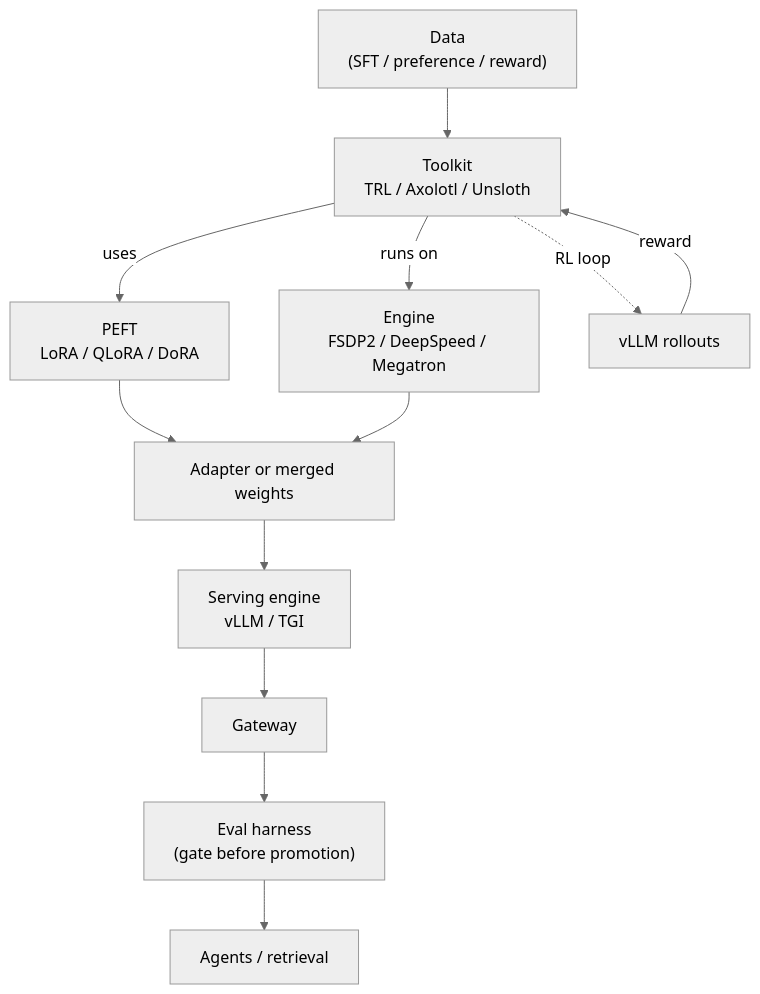
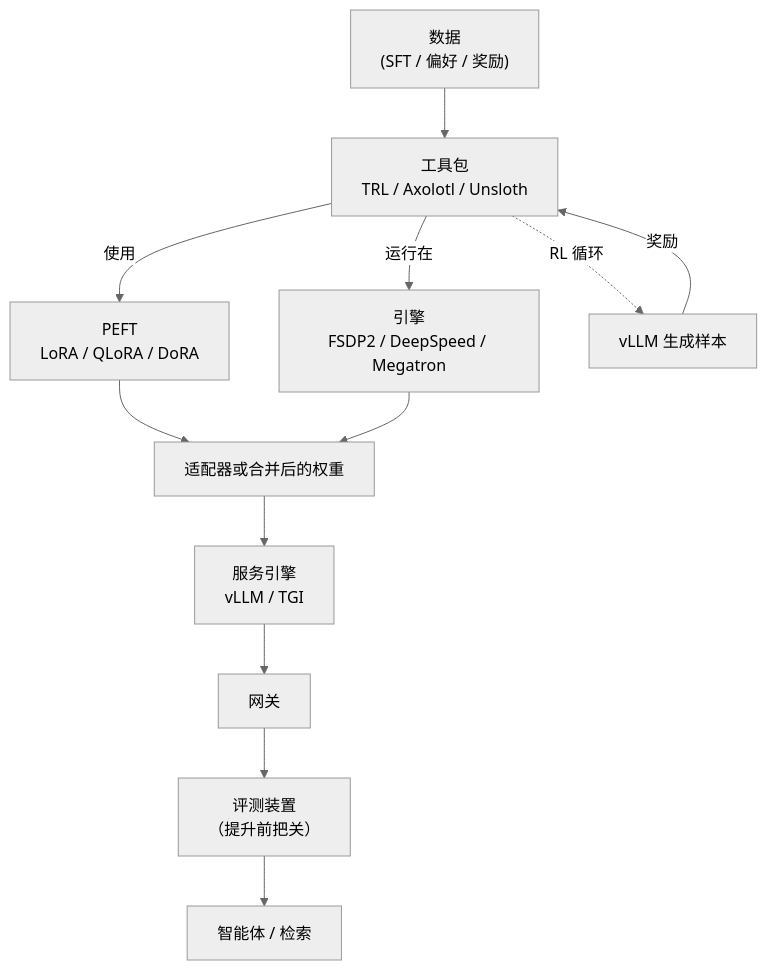
The second of 2 diagrams in zh/practice/04-training-finetuning-practice.qmd (latere-ai/ai-as-an-infrastructure), drawn with Mermaid (neutral theme) before and after one commit. The commit also changed other lines of this file and 273 other files, not shown here.

Commit message:
docs: localize Chinese diagrams

````diff
--- a/zh/practice/04-training-finetuning-practice.qmd
+++ b/zh/practice/04-training-finetuning-practice.qmd
@@ -200,16 +200,16 @@
 ```{mermaid}
 %%| label: fig-training-wiring
 %%| fig-cap: "端到端接线。一个工具包驱动 PEFT 与一个分布式引擎产出权重，权重随后流经服务、网关、评估，以及智能体与检索层。在 RL 情形里，服务引擎（vLLM）坐在训练循环内部。"
 flowchart TD
-  data["Data\n(SFT / preference / reward)"] --> toolkit["Toolkit\nTRL / Axolotl / Unsloth"]
-  toolkit -->|uses| peft["PEFT\nLoRA / QLoRA / DoRA"]
-  toolkit -->|runs on| engine["Engine\nFSDP2 / DeepSpeed / Megatron"]
-  peft --> weights["Adapter or merged weights"]
+  data["数据\n(SFT / 偏好 / 奖励)"] --> toolkit["工具包\nTRL / Axolotl / Unsloth"]
+  toolkit -->|使用| peft["PEFT\nLoRA / QLoRA / DoRA"]
+  toolkit -->|运行在| engine["引擎\nFSDP2 / DeepSpeed / Megatron"]
+  peft --> weights["适配器或合并后的权重"]
   engine --> weights
-  toolkit -.RL loop.-> vllm["vLLM rollouts"]
-  vllm -->|reward| toolkit
-  weights --> serving["Serving engine\nvLLM / TGI"]
-  serving --> gateway["Gateway"]
-  gateway --> eval["Eval harness\n(gate before promotion)"]
-  eval --> agents["Agents / retrieval"]
+  toolkit -.RL 循环.-> vllm["vLLM 生成样本"]
+  vllm -->|奖励| toolkit
+  weights --> serving["服务引擎\nvLLM / TGI"]
+  serving --> gateway["网关"]
+  gateway --> eval["评测装置\n（提升前把关）"]
+  eval --> agents["智能体 / 检索"]
 ```
````
